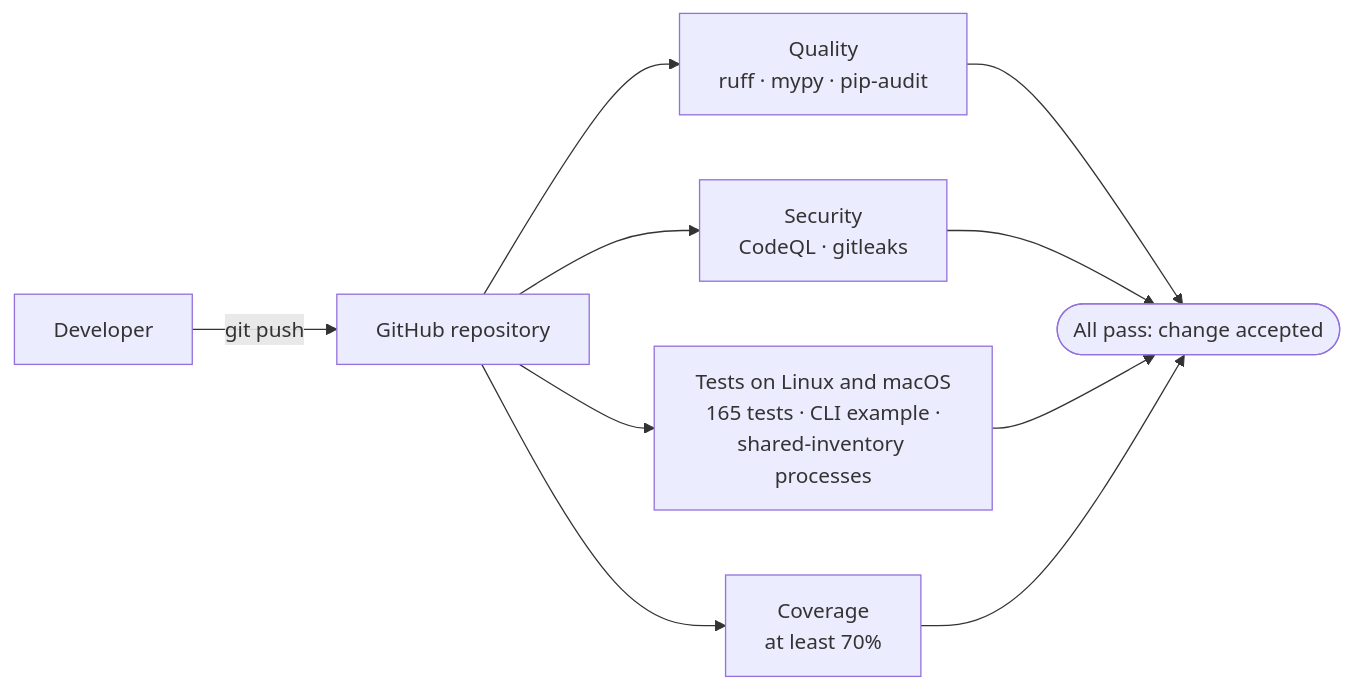
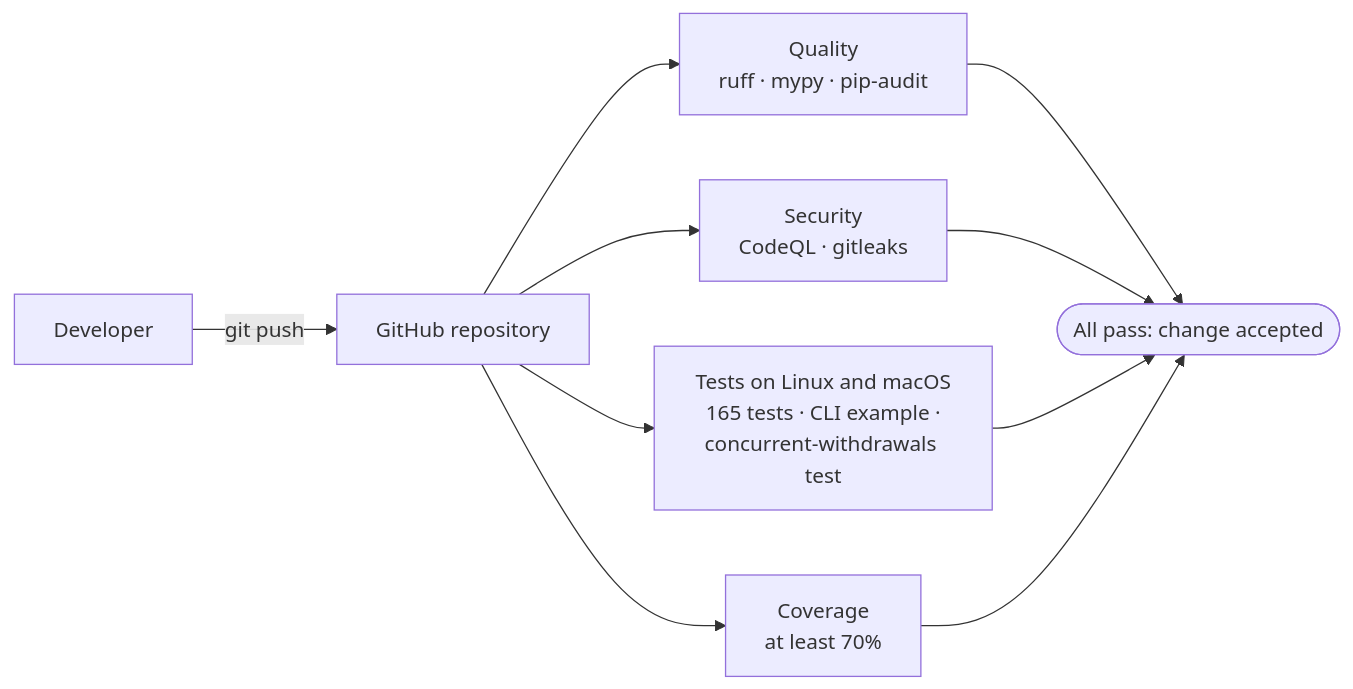
The fifth of 5 diagrams in README.md (AnupamGupta86/InmarCodingAssignment), drawn with Mermaid before and after one commit. The commit also changed other lines of this file and 5 other files, not shown here.

````diff
--- a/README.md
+++ b/README.md
@@ -312,12 +312,12 @@
 ```mermaid
 flowchart LR
     dev["Developer"] -->|git push| repo["GitHub repository"]
     repo --> quality["Quality<br/>ruff · mypy · pip-audit"]
     repo --> sast["Security<br/>CodeQL · gitleaks"]
-    repo --> tests["Tests on Linux and macOS<br/>165 tests · CLI example ·<br/>shared-inventory processes"]
+    repo --> tests["Tests on Linux and macOS<br/>165 tests · CLI example ·<br/>concurrent-withdrawals test"]
     repo --> coverage["Coverage<br/>at least 70%"]
     quality --> ok(["All pass: change accepted"])
     sast --> ok
     tests --> ok
     coverage --> ok
 ```
````
